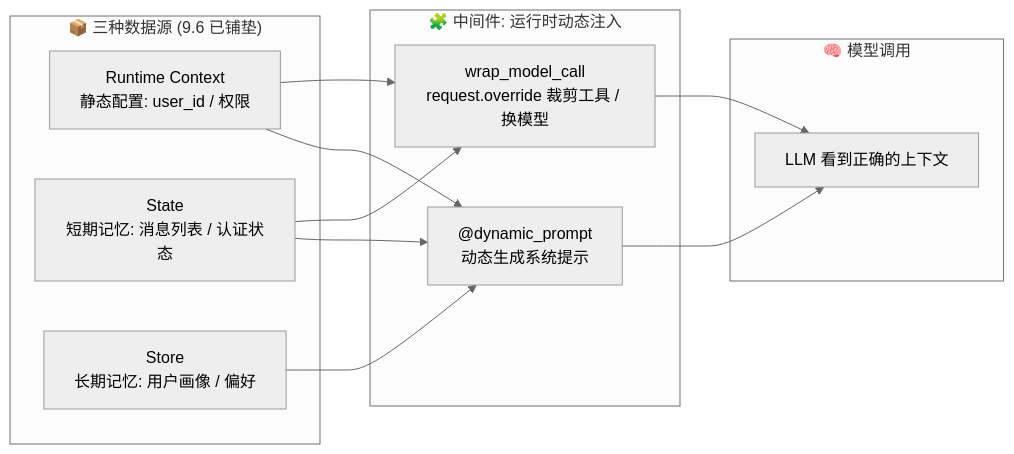
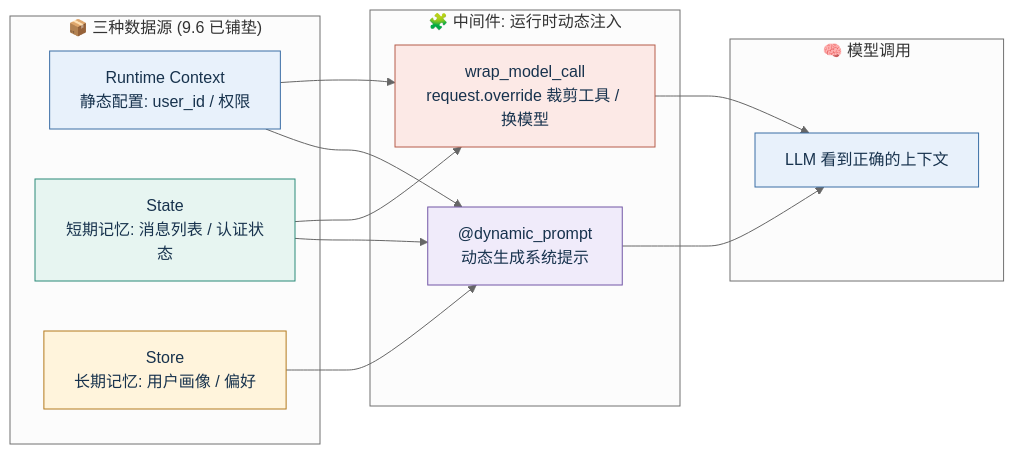
One commit to buffer121328/vibe-coding-and-agents changed the diagram in 09_LangChain搭建Agent/img/diagrams/10-diagram-01.mmd. Above: the diagram before and after it, drawn with Mermaid (neutral theme). The commit also changed 105 other files, not shown here.

```diff
--- a/09_LangChain搭建Agent/img/diagrams/10-diagram-01.mmd
+++ b/09_LangChain搭建Agent/img/diagrams/10-diagram-01.mmd
@@ -1,24 +1,32 @@
 flowchart LR
 
     subgraph Sources ["📦 三种数据源 (9.6 已铺垫)"]
         RC["Runtime Context\n静态配置: user_id / 权限"]
         ST["State\n短期记忆: 消息列表 / 认证状态"]
         SO["Store\n长期记忆: 用户画像 / 偏好"]
     end
 
     subgraph Middleware ["🧩 中间件: 运行时动态注入"]
         DP["@dynamic_prompt\n动态生成系统提示"]
         WO["wrap_model_call\nrequest.override 裁剪工具 / 换模型"]
     end
 
     subgraph Model ["🧠 模型调用"]
         M["LLM 看到正确的上下文"]
     end
 
     RC --> DP
     ST --> DP
     SO --> DP
     RC --> WO
     ST --> WO
     DP --> M
     WO --> M
+
+%% Academic palette: restrained blue, teal, gold, violet, and coral accents.
+style RC fill:#E8F1FB,stroke:#3A6EA5,color:#17324D
+style ST fill:#E7F5F1,stroke:#2B8A78,color:#17324D
+style SO fill:#FFF4DC,stroke:#B47A1F,color:#17324D
+style DP fill:#F0EBFA,stroke:#7357A6,color:#17324D
+style WO fill:#FCE9E6,stroke:#B65C4A,color:#17324D
+style M fill:#E8F1FB,stroke:#3A6EA5,color:#17324D
```
